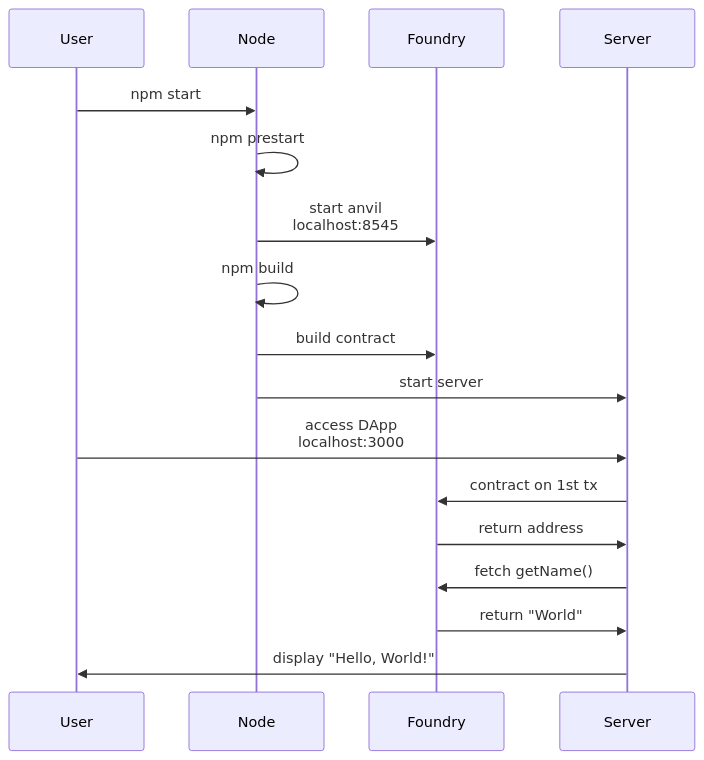
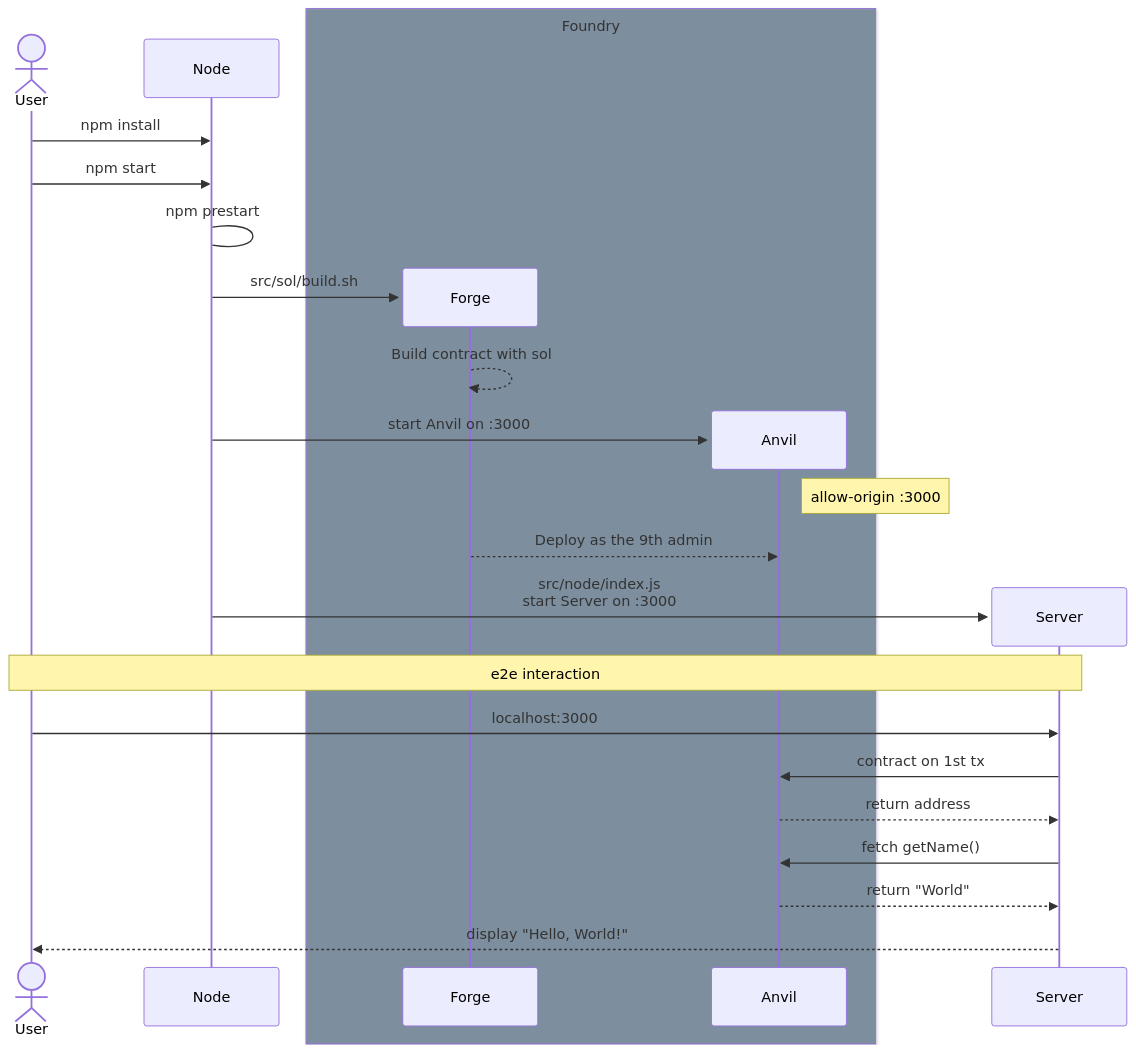
The diagram in README.md (ooMia/hands-on-dapp), drawn with Mermaid before and after one commit. The commit also changed other lines of this file and 1 other file, not shown here.

Commit message:
📝 Docs : informations
- diagram as sequence
- add annotation

````diff
--- a/README.md
+++ b/README.md
@@ -12,21 +13,35 @@
 ```mermaid
 sequenceDiagram
-    participant User
-    participant Node
-    participant Foundry
-    participant Server
 
-    User->>Node: npm start
-    Node->>Node: npm prestart
-    Node->>Foundry: start anvil<br>localhost:8545
-    Node->>Node: npm build
-    Node->>Foundry: build contract
-    Node->>Server: start server
+    actor U as User
+    participant N as Node
 
-    User->>Server: access DApp<br>localhost:3000
-    Server->>Foundry: contract on 1st tx
-    Foundry->>Server: return address
-    Server->>Foundry: fetch getName()
-    Foundry->>Server: return "World"
-    Server->>User: display "Hello, World!"
+    U ->> N: npm install
+    U ->> N: npm start
+    N -> N: npm prestart
+
+    create participant F as Forge
+    N ->> F: src/sol/build.sh
+    F -->> F: Build contract with sol
+    create participant A as Anvil
+    N ->> A: start Anvil on :3000
+    Note right of A: allow-origin :3000
+
+    F -->> A: Deploy as the 9th admin
+
+    box rgba(33,66,99,0.5) Foundry
+    participant A
+    participant F
+    end
+
+    create participant S as Server
+    N ->> S: src/node/index.js<br>start Server on :3000
+
+    Note over U,S: e2e interaction
+    U ->> S: localhost:3000
+    S ->> A: contract on 1st tx
+    A -->> S: return address
+    S ->> A: fetch getName()
+    A -->> S: return "World"
+    S -->> U: display "Hello, World!"
 ```
````
